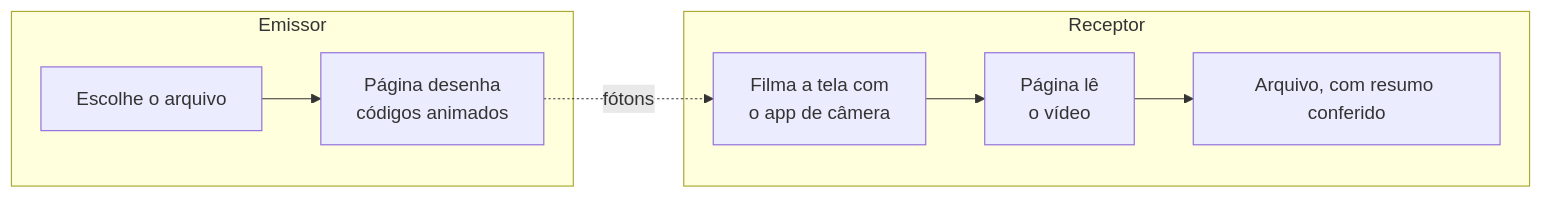
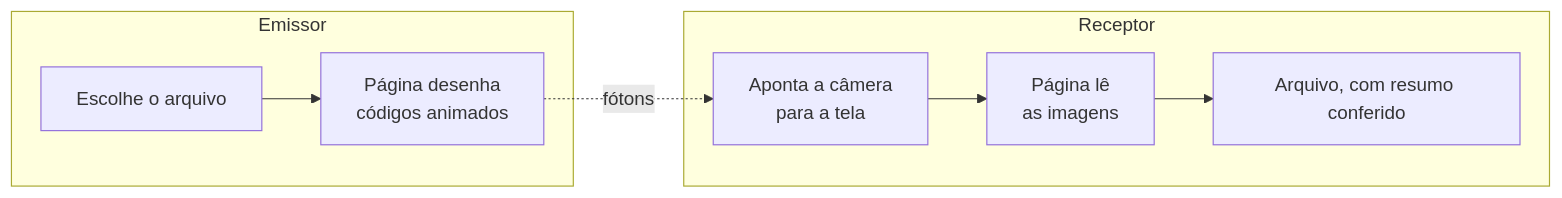
Before and after one commit to IMNascimento/PhotonProtocol: the diagram in README.pt-BR.md, drawn with Mermaid. The commit also changed other lines of this file and 5 other files, not shown here.

````diff
--- a/README.pt-BR.md
+++ b/README.pt-BR.md
@@ -21,11 +21,11 @@
 ```mermaid
 flowchart LR
     subgraph S [Emissor]
         A[Escolhe o arquivo] --> B[Página desenha<br/>códigos animados]
     end
     subgraph R [Receptor]
-        C[Filma a tela com<br/>o app de câmera] --> D[Página lê<br/>o vídeo]
+        C[Aponta a câmera<br/>para a tela] --> D[Página lê<br/>as imagens]
         D --> E[Arquivo, com resumo conferido]
     end
     B -. fótons .-> C
 ```
````
